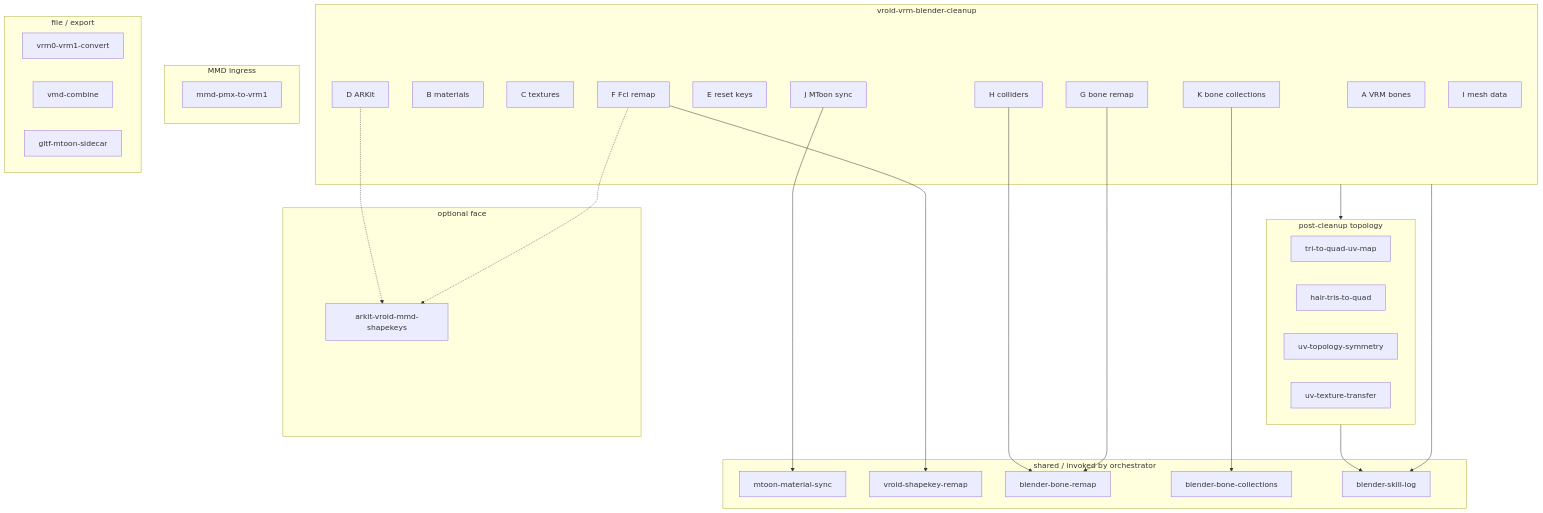
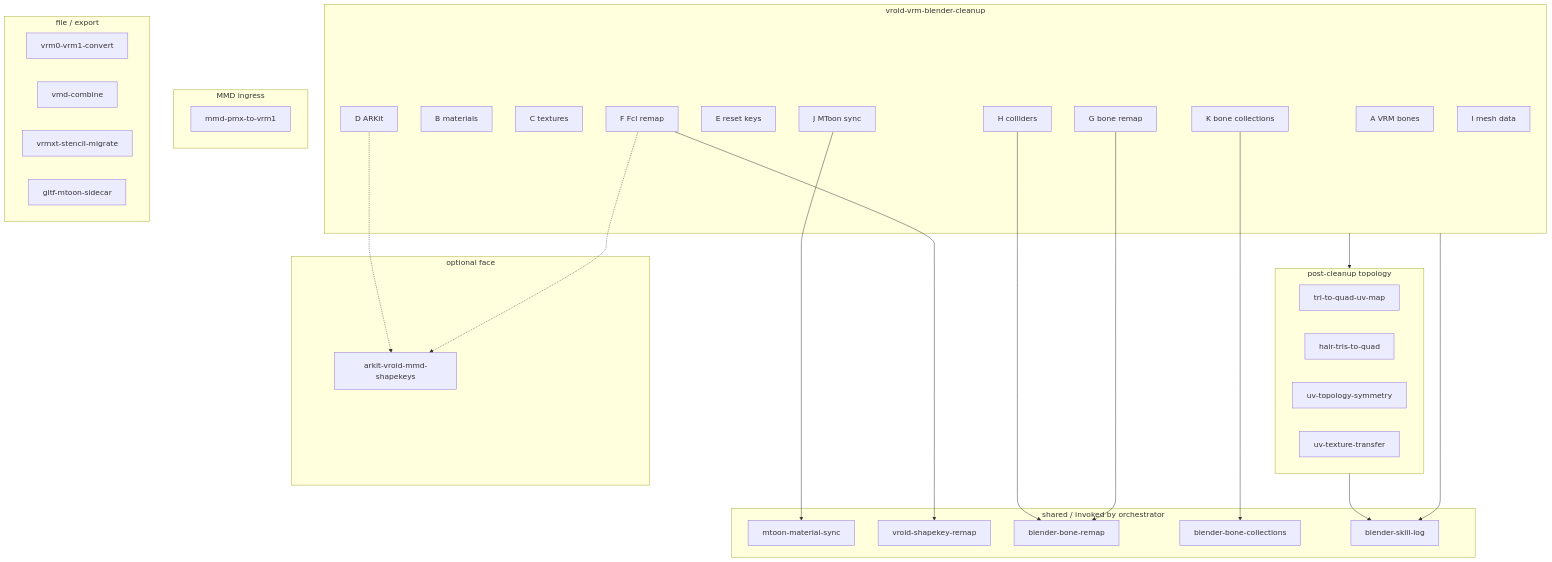
The second of 8 diagrams in skills/README.md (miramocha/blender-skills-and-rules), drawn with Mermaid before and after one commit. The commit also changed other lines of this file and 24 other files, not shown here.

````diff
--- a/skills/README.md
+++ b/skills/README.md
@@ -53,56 +55,57 @@
 ```mermaid
 flowchart TB
   subgraph orchestrator [vroid-vrm-blender-cleanup]
     A[A VRM bones]
     B[B materials]
     C[C textures]
     D[D ARKit]
     E[E reset keys]
     J[J MToon sync]
     F[F Fcl remap]
     G[G bone remap]
     K[K bone collections]
     H[H colliders]
     I[I mesh data]
   end
 
   subgraph topology [post-cleanup topology]
     TQ[tri-to-quad-uv-map]
     HQ[hair-tris-to-quad]
     UV[uv-topology-symmetry]
     UXT[uv-texture-transfer]
   end
 
   subgraph libs [shared / invoked by orchestrator]
     MTOON[mtoon-material-sync]
     SHAPE[vroid-shapekey-remap]
     BONE[blender-bone-remap]
     BC[blender-bone-collections]
     LOG[blender-skill-log]
   end
 
   subgraph optionalFace [optional face]
     MMD[arkit-vroid-mmd-shapekeys]
   end
 
   subgraph ingress [MMD ingress]
     PMX[mmd-pmx-to-vrm1]
   end
 
   subgraph files [file / export]
     VRMCONV[vrm0-vrm1-convert]
     VMDCOMB[vmd-combine]
+    STENCILMIG[vrmxt-stencil-migrate]
     GLTFMTOON[gltf-mtoon-sidecar]
   end
 
   J --> MTOON
   F --> SHAPE
   G --> BONE
   H --> BONE
   K --> BC
   F -.-> MMD
   D -.-> MMD
   orchestrator --> LOG
   topology --> LOG
   orchestrator --> topology
 ```
````
